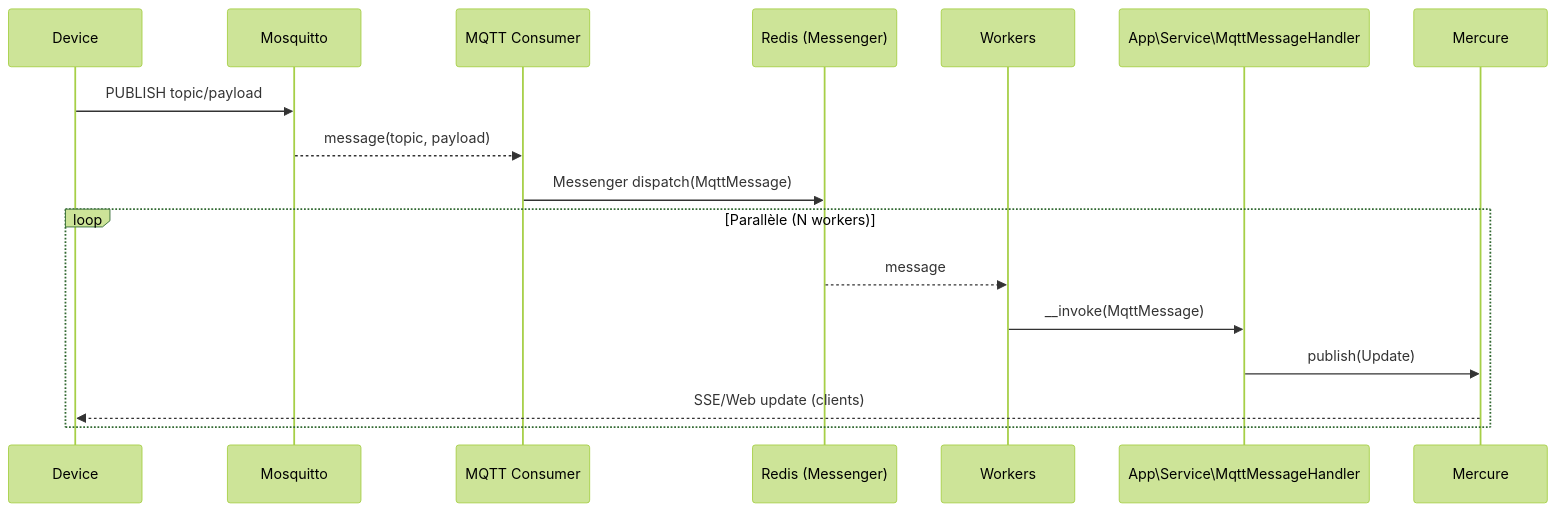
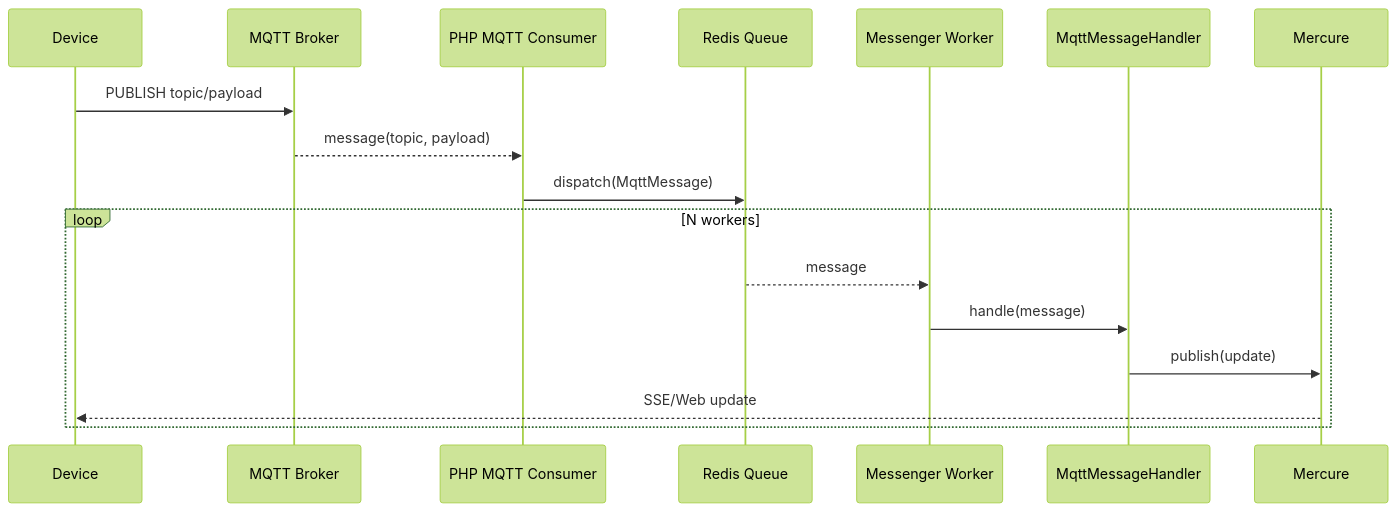
Before and after one commit to RedwanK/dataviz: the second of 2 diagrams in README.md, drawn with Mermaid (forest theme). The commit also changed other lines of this file, not shown here.

````diff
--- a/README.md
+++ b/README.md
@@ -62,20 +59,20 @@
 ```mermaid
 sequenceDiagram
     participant Dev as Device
-    participant MQ as Mosquitto
-    participant C as MQTT Consumer
-    participant Q as Redis (Messenger)
-    participant W as Workers
-    participant H as App\Service\MqttMessageHandler
-    participant Me as Mercure
+    participant Broker as MQTT Broker
+    participant Consumer as PHP MQTT Consumer
+    participant Queue as Redis Queue
+    participant Worker as Messenger Worker
+    participant Handler as MqttMessageHandler
+    participant Hub as Mercure
 
-    Dev->>MQ: PUBLISH topic/payload
-    MQ-->>C: message(topic, payload)
-    C->>Q: Messenger dispatch(MqttMessage)
-    loop Parallèle (N workers)
-      Q-->>W: message
-      W->>H: __invoke(MqttMessage)
-      H->>Me: publish(Update)
-      Me-->>Dev: SSE/Web update (clients)
+    Dev->>Broker: PUBLISH topic/payload
+    Broker-->>Consumer: message(topic, payload)
+    Consumer->>Queue: dispatch(MqttMessage)
+    loop N workers
+      Queue-->>Worker: message
+      Worker->>Handler: handle(message)
+      Handler->>Hub: publish(update)
+      Hub-->>Dev: SSE/Web update
     end
 ```
````
